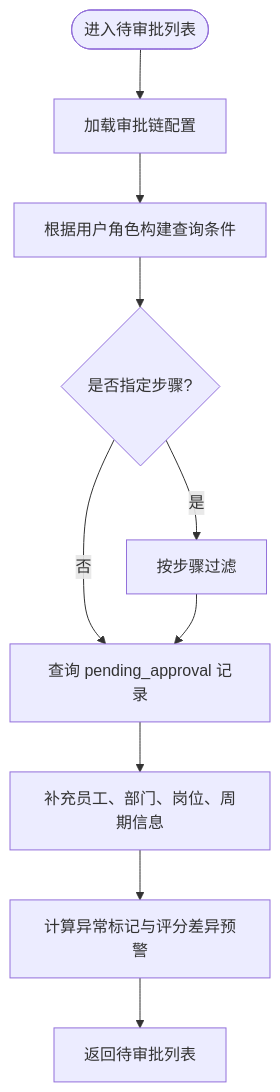
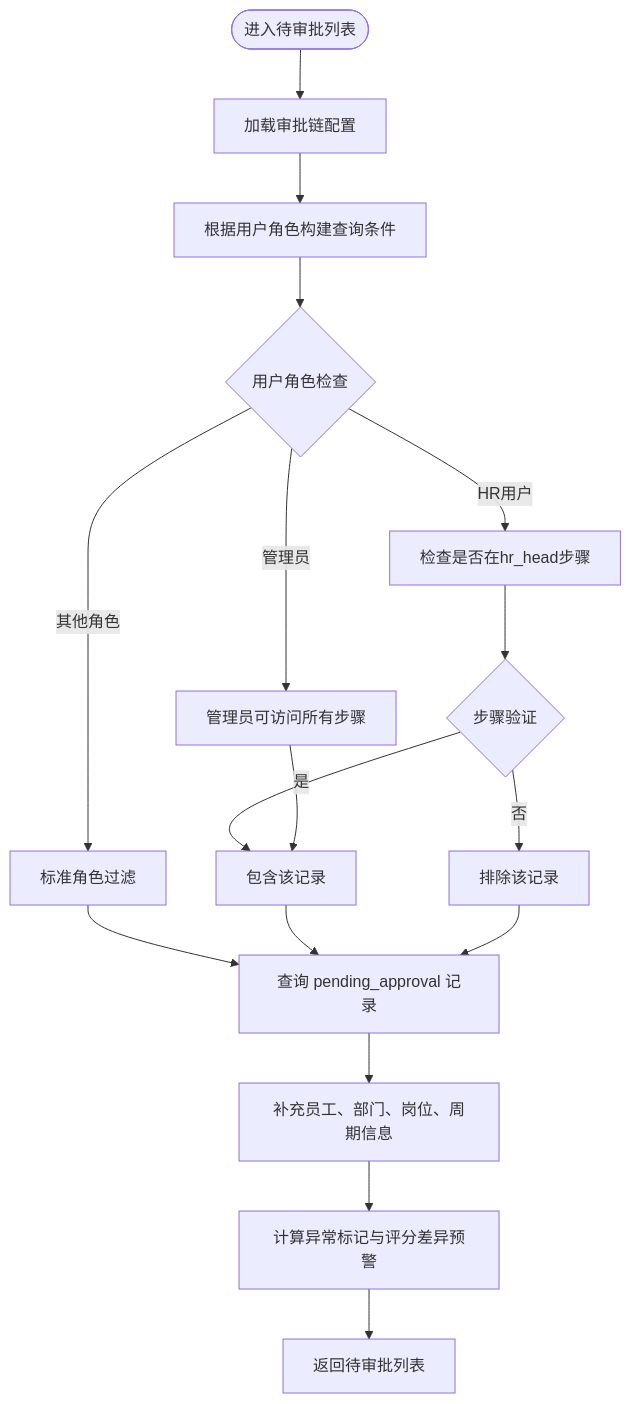
The fourth of 8 diagrams in .qoder/repowiki/zh/content/API参考文档/审批工作流API.md (xgd561/performance_evaluation_system), drawn with Mermaid before and after one commit. The commit also changed other lines of this file and 136 other files, not shown here.

````diff
--- a/.qoder/repowiki/zh/content/API参考文档/审批工作流API.md
+++ b/.qoder/repowiki/zh/content/API参考文档/审批工作流API.md
@@ -262,12 +293,19 @@
 ```mermaid
 flowchart TD
 Start(["进入待审批列表"]) --> LoadChain["加载审批链配置"]
 LoadChain --> BuildConditions["根据用户角色构建查询条件"]
-BuildConditions --> StepFilter{"是否指定步骤?"}
-StepFilter --> |是| ApplyStep["按步骤过滤"]
-StepFilter --> |否| QueryRecords["查询 pending_approval 记录"]
-ApplyStep --> QueryRecords
+BuildConditions --> RoleCheck{"用户角色检查"}
+RoleCheck --> |HR用户| HRStepCheck["检查是否在hr_head步骤"]
+RoleCheck --> |管理员| AdminAccess["管理员可访问所有步骤"]
+RoleCheck --> |其他角色| StandardFilter["标准角色过滤"]
+HRStepCheck --> StepValidation{"步骤验证"}
+StepValidation --> |是| IncludeRecord["包含该记录"]
+StepValidation --> |否| ExcludeRecord["排除该记录"]
+AdminAccess --> IncludeRecord
+StandardFilter --> QueryRecords["查询 pending_approval 记录"]
+IncludeRecord --> QueryRecords
+ExcludeRecord --> QueryRecords
 QueryRecords --> EnrichData["补充员工、部门、岗位、周期信息"]
 EnrichData --> ComputeAlerts["计算异常标记与评分差异预警"]
 ComputeAlerts --> ReturnList["返回待审批列表"]
 ```
````
